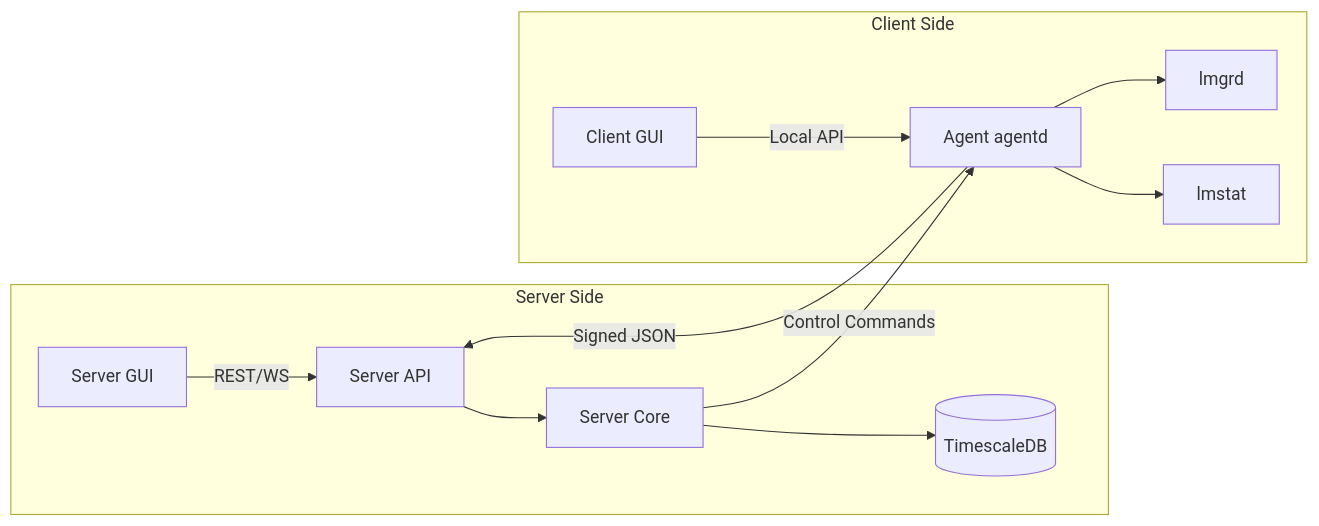
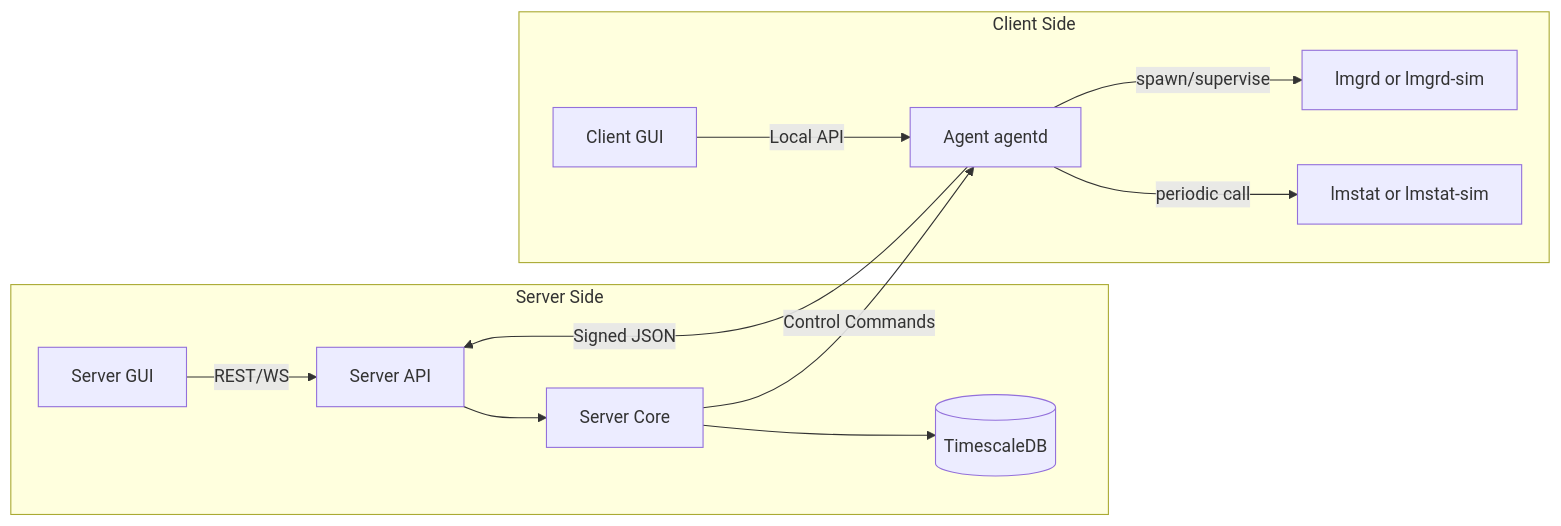
The first of 3 diagrams in spec.md (cloudliu01/license_manager_2026), drawn with Mermaid before and after one commit. The commit also changed other lines of this file and 2 other files, not shown here.

````diff
--- a/spec.md
+++ b/spec.md
@@ -39,27 +23,28 @@
 ```mermaid
 flowchart LR
   subgraph ServerSide[Server Side]
     SGUI[Server GUI]
     API[Server API]
     CORE[Server Core]
     DB[(TimescaleDB)]
   end
 
   subgraph ClientSide[Client Side]
     CGUI[Client GUI]
     AGENT[Agent agentd]
-    LMGRD[lmgrd]
-    LMSTAT[lmstat]
+    LMGRD[lmgrd or lmgrd-sim]
+    LMSTAT[lmstat or lmstat-sim]
   end
 
   SGUI -->|REST/WS| API
   API --> CORE
   CORE --> DB
 
   CGUI -->|Local API| AGENT
-  AGENT --> LMGRD
-  AGENT --> LMSTAT
+
+  AGENT -->|spawn/supervise| LMGRD
+  AGENT -->|periodic call| LMSTAT
 
   AGENT -->|Signed JSON| API
   CORE -->|Control Commands| AGENT
 ```
````
